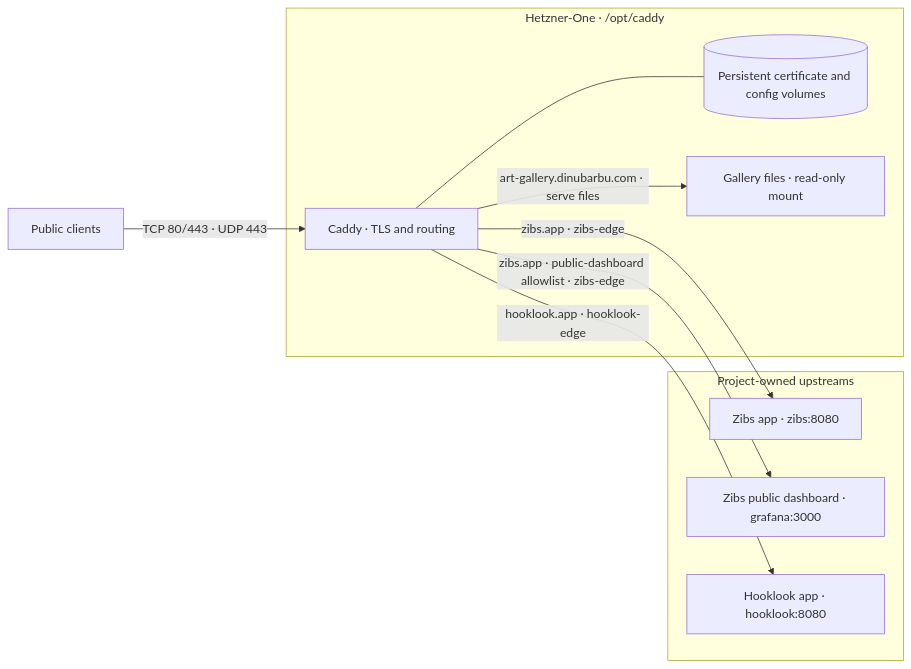
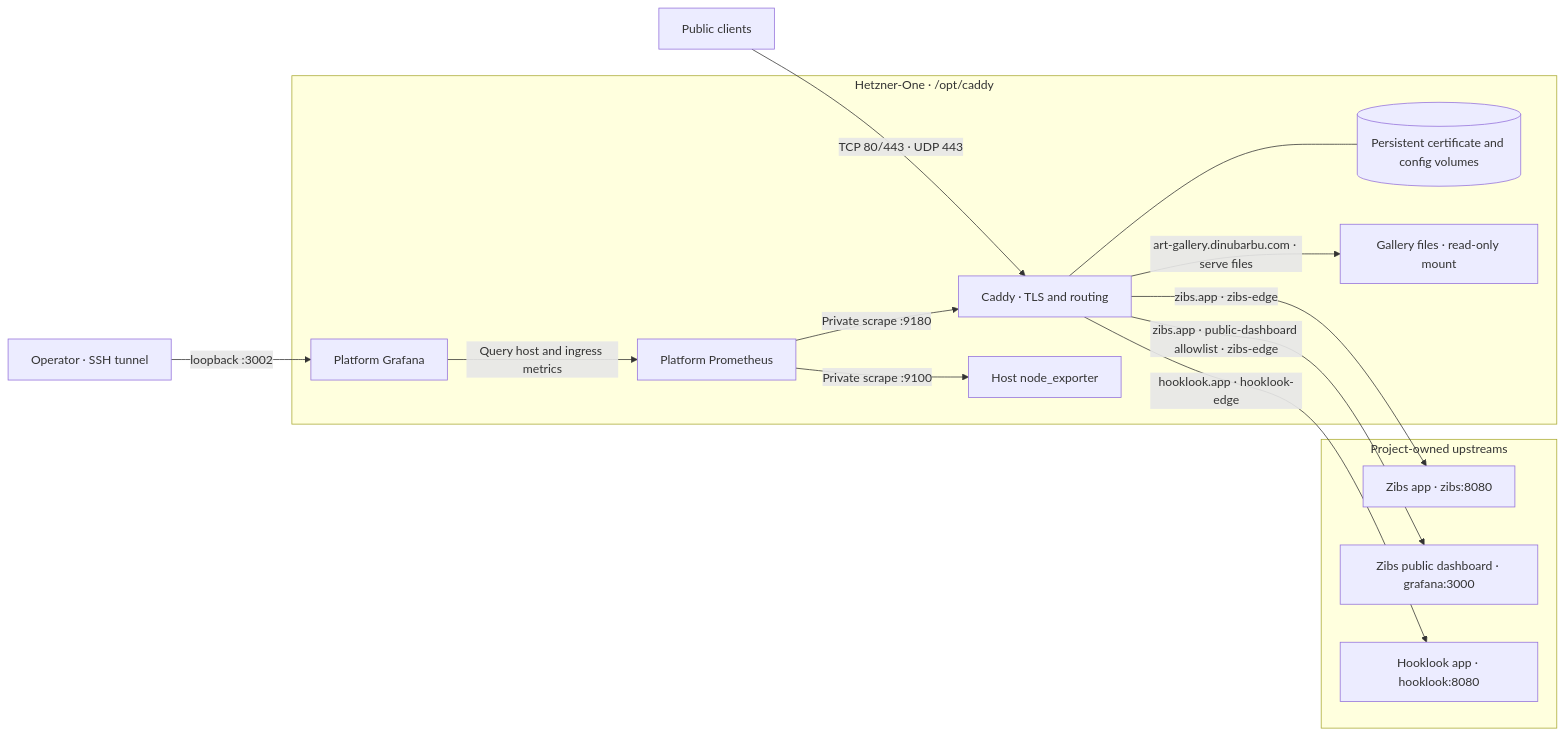
Before and after one commit to dvinubius/hetzner-one: the diagram in docs/topology.md, drawn with Mermaid. The commit also changed other lines of this file and 26 other files, not shown here.

First line of the commit message:
Add private platform observability stack

````diff
--- a/docs/topology.md
+++ b/docs/topology.md
@@ -7,22 +10,30 @@
 ```mermaid
 flowchart LR
     public["Public clients"] -->|"TCP 80/443 · UDP 443"| caddy
+
+    operator["Operator · SSH tunnel"] -->|"loopback :3002"| grafana
 
     subgraph platform["Hetzner-One · /opt/caddy"]
         caddy["Caddy · TLS and routing"]
         certificates[("Persistent certificate and config volumes")]
         gallery["Gallery files · read-only mount"]
+        grafana["Platform Grafana"]
+        prometheus["Platform Prometheus"]
+        node["Host node_exporter"]
+        grafana -->|"Query host and ingress metrics"| prometheus
+        prometheus -->|"Private scrape :9100"| node
+        prometheus -->|"Private scrape :9180"| caddy
         caddy --- certificates
         caddy -->|"art-gallery.dinubarbu.com · serve files"| gallery
     end
 
     subgraph upstreams["Project-owned upstreams"]
         zibs["Zibs app · zibs:8080"]
         dashboard["Zibs public dashboard · grafana:3000"]
         hooklook["Hooklook app · hooklook:8080"]
     end
 
     caddy -->|"zibs.app · zibs-edge"| zibs
     caddy -->|"zibs.app · public-dashboard allowlist · zibs-edge"| dashboard
     caddy -->|"hooklook.app · hooklook-edge"| hooklook
 ```
````
